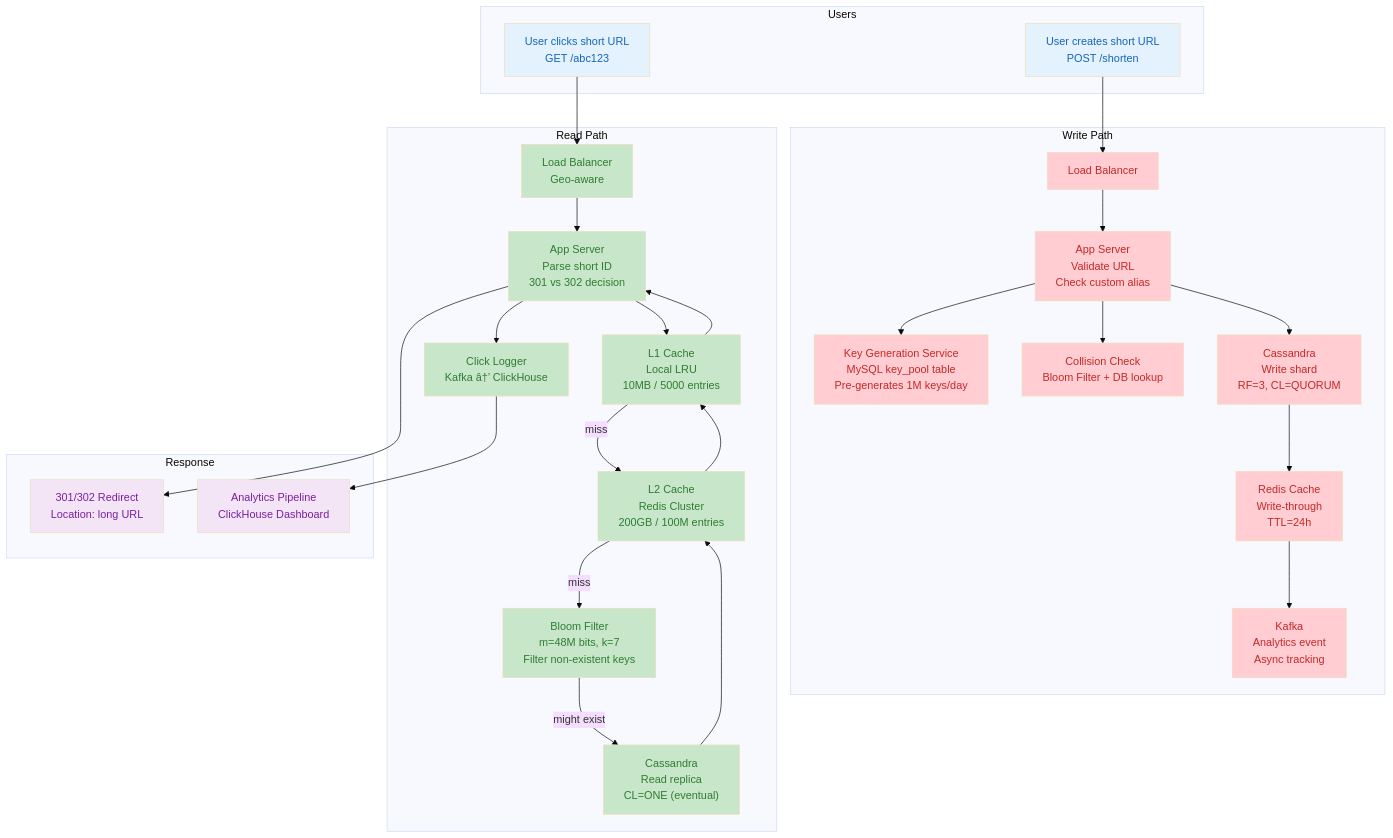
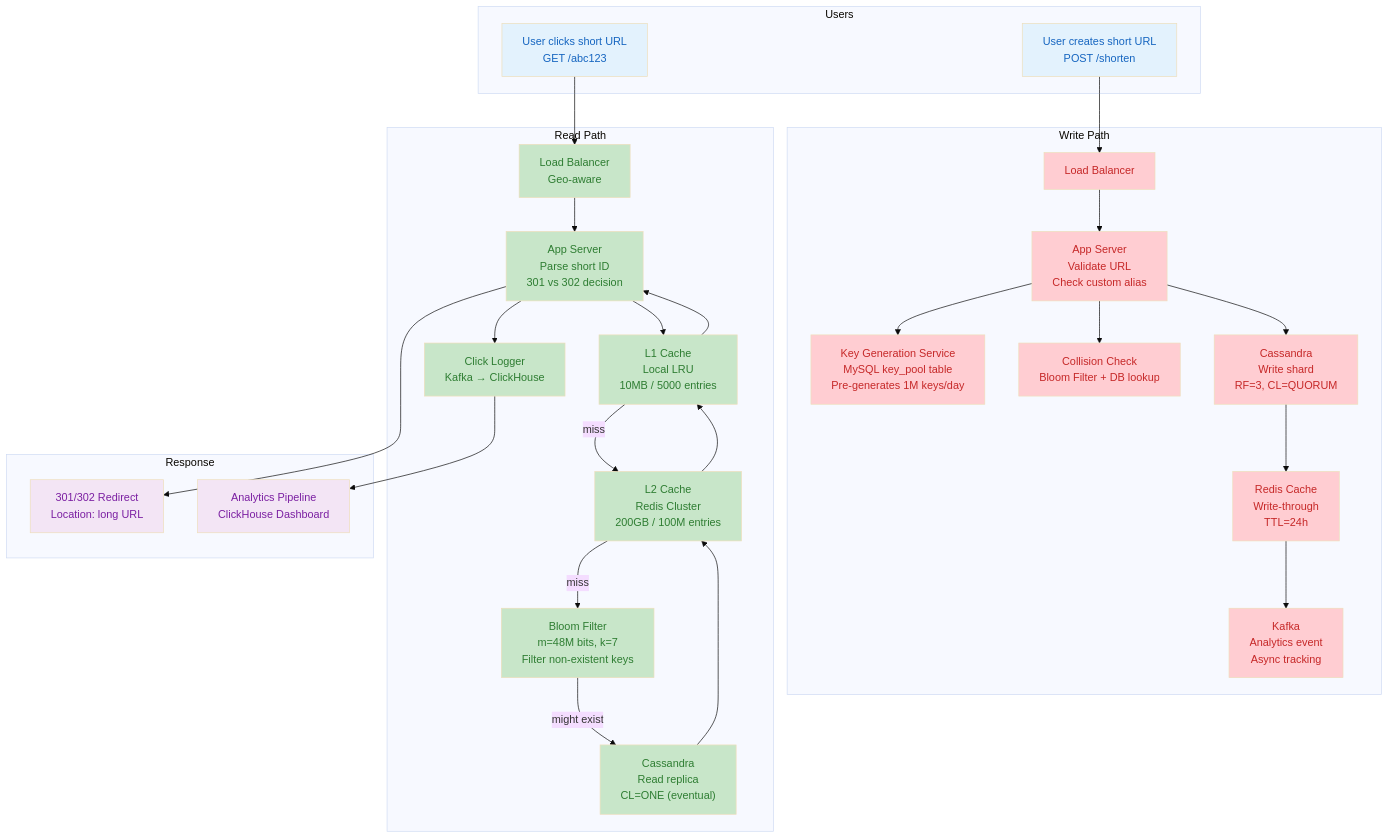
One commit to Raushan666java/ai-engineering-journey changed the third of 3 diagrams in docs/courses/system-design/18-case-studies-classic.md. Above: the diagram before and after it, drawn with Mermaid (base theme). The commit also changed other lines of this file and 965 other files, not shown here.

````diff
--- a/docs/courses/system-design/18-case-studies-classic.md
+++ b/docs/courses/system-design/18-case-studies-classic.md
@@ -1243,61 +1243,61 @@
 ```mermaid
 flowchart TB
     subgraph USERS["Users"]
         USER_CREATE["User creates short URL<br/>POST /shorten"]
         USER_CLICK["User clicks short URL<br/>GET /abc123"]
     end
 
     subgraph WRITE_PATH["Write Path"]
         LB_W["Load Balancer"]
         APP_W["App Server<br/>Validate URL<br/>Check custom alias"]
         KGS["Key Generation Service<br/>MySQL key_pool table<br/>Pre-generates 1M keys/day"]
         COLLISION["Collision Check<br/>Bloom Filter + DB lookup"]
         CASSANDRA_W["Cassandra<br/>Write shard<br/>RF=3, CL=QUORUM"]
         REDIS_W["Redis Cache<br/>Write-through<br/>TTL=24h"]
         ANALYTICS_QUEUE["Kafka<br/>Analytics event<br/>Async tracking"]
     end
 
     subgraph READ_PATH["Read Path"]
         LB_R["Load Balancer<br/>Geo-aware"]
         APP_R["App Server<br/>Parse short ID<br/>301 vs 302 decision"]
         L1_CACHE["L1 Cache<br/>Local LRU<br/>10MB / 5000 entries"]
         L2_CACHE["L2 Cache<br/>Redis Cluster<br/>200GB / 100M entries"]
         BLOOM_FILTER["Bloom Filter<br/>m=48M bits, k=7<br/>Filter non-existent keys"]
         CASSANDRA_R["Cassandra<br/>Read replica<br/>CL=ONE (eventual)"]
-        LOG_CLICK["Click Logger<br/>Kafka â†’ ClickHouse"]
+        LOG_CLICK["Click Logger<br/>Kafka → ClickHouse"]
     end
 
     subgraph RESPONSE["Response"]
         REDIRECT["301/302 Redirect<br/>Location: long URL"]
         ANALYTICS["Analytics Pipeline<br/>ClickHouse Dashboard"]
     end
 
     USER_CREATE --> LB_W --> APP_W
     APP_W --> KGS
     APP_W --> COLLISION
     APP_W --> CASSANDRA_W
     CASSANDRA_W --> REDIS_W
     REDIS_W --> ANALYTICS_QUEUE
 
     USER_CLICK --> LB_R --> APP_R
     APP_R --> L1_CACHE
     L1_CACHE -->|"miss"| L2_CACHE
     L2_CACHE -->|"miss"| BLOOM_FILTER
     BLOOM_FILTER -->|"might exist"| CASSANDRA_R
     CASSANDRA_R --> L2_CACHE
     L2_CACHE --> L1_CACHE
     L1_CACHE --> APP_R
     APP_R --> REDIRECT
     APP_R --> LOG_CLICK
     LOG_CLICK --> ANALYTICS
 
     classDef user fill:#E3F2FD,color:#1565C0
     classDef write fill:#FFCDD2,color:#C62828
     classDef read fill:#C8E6C9,color:#2E7D32
     classDef cache fill:#FFF3E0,color:#E65100
     classDef resp fill:#F3E5F5,color:#7B1FA2
     class USER_CREATE,USER_CLICK user
     class LB_W,APP_W,KGS,COLLISION,CASSANDRA_W,REDIS_W,ANALYTICS_QUEUE write
     class LB_R,APP_R,L1_CACHE,L2_CACHE,BLOOM_FILTER,CASSANDRA_R,LOG_CLICK read
     class REDIRECT,ANALYTICS resp
 ```
````
